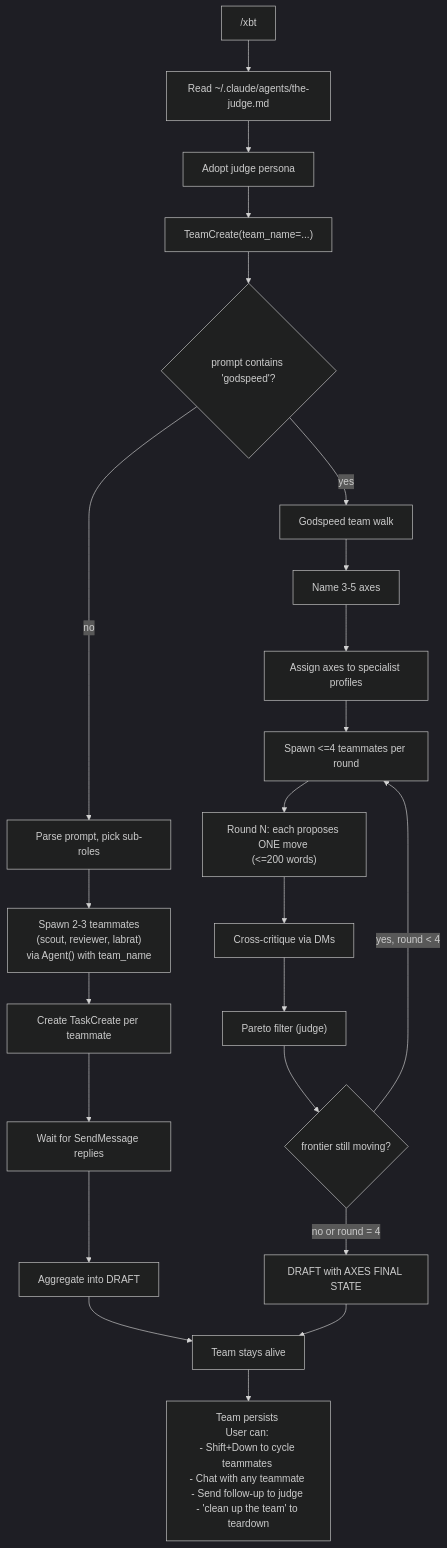
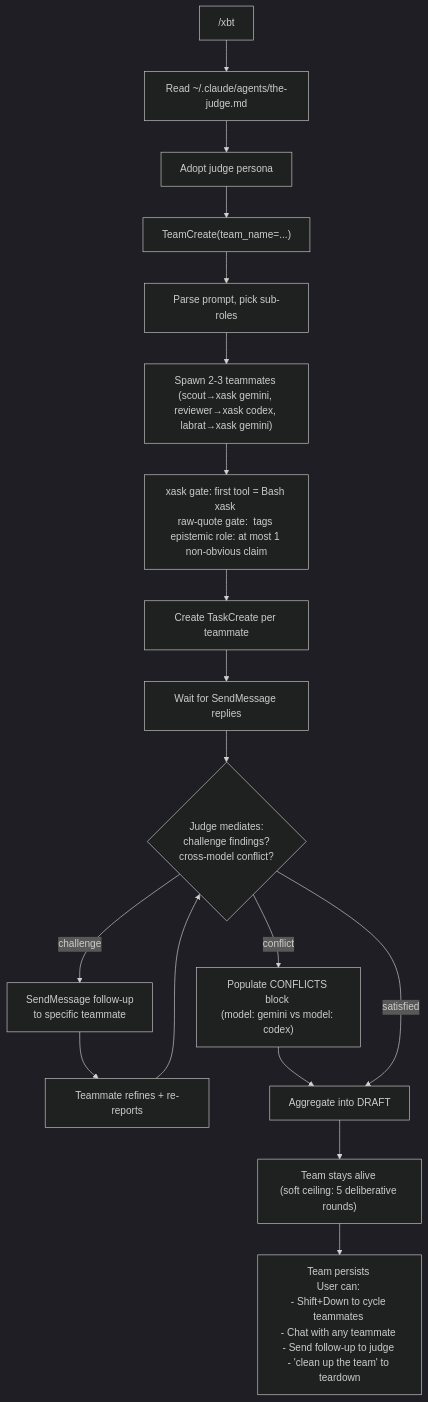
One commit to VeigaPunk/xbrd-gdsp-fknpft changed the eighth of 11 diagrams in docs/command-flows.md. Above: the diagram before and after it, drawn with Mermaid (dark theme). The commit also changed other lines of this file and 8 other files, not shown here.

First line of the commit message:
feat(v0.4): 4-command split + xask protocol hardening + diagrams

````diff
--- a/docs/command-flows.md
+++ b/docs/command-flows.md
@@ -195,28 +202,21 @@
 ```mermaid
 flowchart TD
     A["/xbt <prompt>"] --> B["Read ~/.claude/agents/the-judge.md"]
     B --> C[Adopt judge persona]
     C --> D["TeamCreate(team_name=...)"]
-    D --> E{prompt contains 'godspeed'?}
+    D --> F[Parse prompt, pick sub-roles]
+    F --> G["Spawn 2-3 teammates \n(scout→xask gemini, reviewer→xask codex, labrat→xask gemini)"]
+    G --> Gx["xask gate: first tool = Bash xask \nraw-quote gate: <raw_output> tags \nepistemic role: at most 1 non-obvious claim"]
+    Gx --> H[Create TaskCreate per teammate]
+    H --> I[Wait for SendMessage replies]
+    I --> J{"Judge mediates: \nchallenge findings? \ncross-model conflict?"}
+    J -->|"challenge"| Jc["SendMessage follow-up \nto specific teammate"]
+    Jc --> Jd[Teammate refines + re-reports]
+    Jd --> J
+    J -->|"conflict"| Jf["Populate CONFLICTS block \n(model: gemini vs model: codex)"]
+    Jf --> K
+    J -->|"satisfied"| K[Aggregate into DRAFT]
+    K --> L["Team stays alive \n(soft ceiling: 5 deliberative rounds)"]
 
-    E -->|no| F[Parse prompt, pick sub-roles]
-    F --> G["Spawn 2-3 teammates \n(scout, reviewer, labrat) \nvia Agent() with team_name"]
-    G --> H[Create TaskCreate per teammate]
-    H --> I[Wait for SendMessage replies]
-    I --> J[Aggregate into DRAFT]
-    J --> K[Team stays alive]
-
-    E -->|yes| L[Godspeed team walk]
-    L --> M[Name 3-5 axes]
-    M --> N["Assign axes to specialist profiles"]
-    N --> O["Spawn <=4 teammates per round"]
-    O --> P["Round N: each proposes ONE move \n(<=200 words)"]
-    P --> Q[Cross-critique via DMs]
-    Q --> R["Pareto filter (judge)"]
-    R --> S{frontier still moving?}
-    S -->|yes, round < 4| O
-    S -->|no or round = 4| T["DRAFT with AXES FINAL STATE"]
-    T --> K
-
-    K --> U["Team persists \nUser can: \n- Shift+Down to cycle teammates \n- Chat with any teammate \n- Send follow-up to judge \n- 'clean up the team' to teardown"]
+    L --> U["Team persists \nUser can: \n- Shift+Down to cycle teammates \n- Chat with any teammate \n- Send follow-up to judge \n- 'clean up the team' to teardown"]
 ```
````
